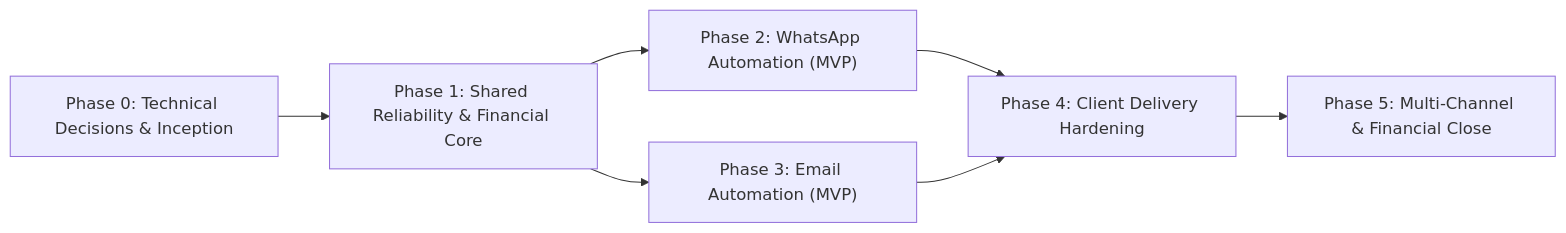
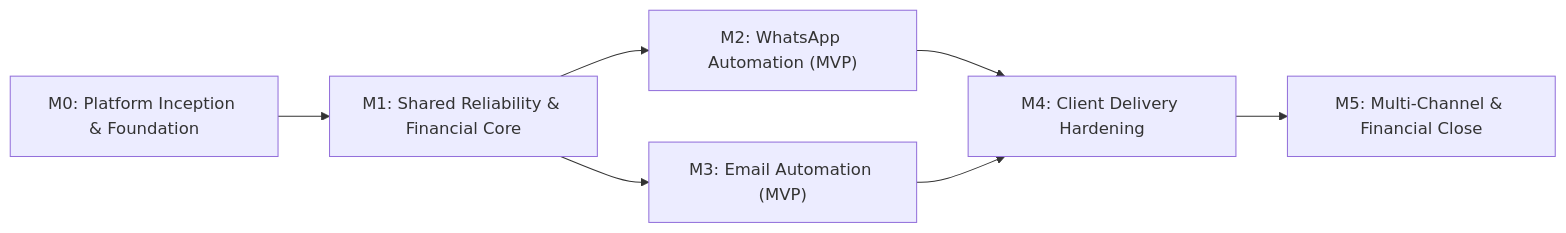
Before and after one commit to pathixo/pathixo-flow: the diagram in ROADMAP.md, drawn with Mermaid. The commit also changed other lines of this file and 3 other files, not shown here.

Commit message:
docs(planning): reconcile ROADMAP and MILESTONES with M0-M5 engineering milestones

````diff
--- a/ROADMAP.md
+++ b/ROADMAP.md
@@ -14,9 +15,9 @@
 ```mermaid
 flowchart LR
-    M1["Phase 0: Technical Decisions & Inception"] --> M2["Phase 1: Shared Reliability & Financial Core"]
-    M2 --> M3["Phase 2: WhatsApp Automation (MVP)"]
-    M2 --> M4["Phase 3: Email Automation (MVP)"]
-    M3 --> M5["Phase 4: Client Delivery Hardening"]
-    M4 --> M5
-    M5 --> M6["Phase 5: Multi-Channel & Financial Close"]
+    M0["M0: Platform Inception & Foundation"] --> M1["M1: Shared Reliability & Financial Core"]
+    M1 --> M2["M2: WhatsApp Automation (MVP)"]
+    M1 --> M3["M3: Email Automation (MVP)"]
+    M2 --> M4["M4: Client Delivery Hardening"]
+    M3 --> M4
+    M4 --> M5["M5: Multi-Channel & Financial Close"]
 ```
````
